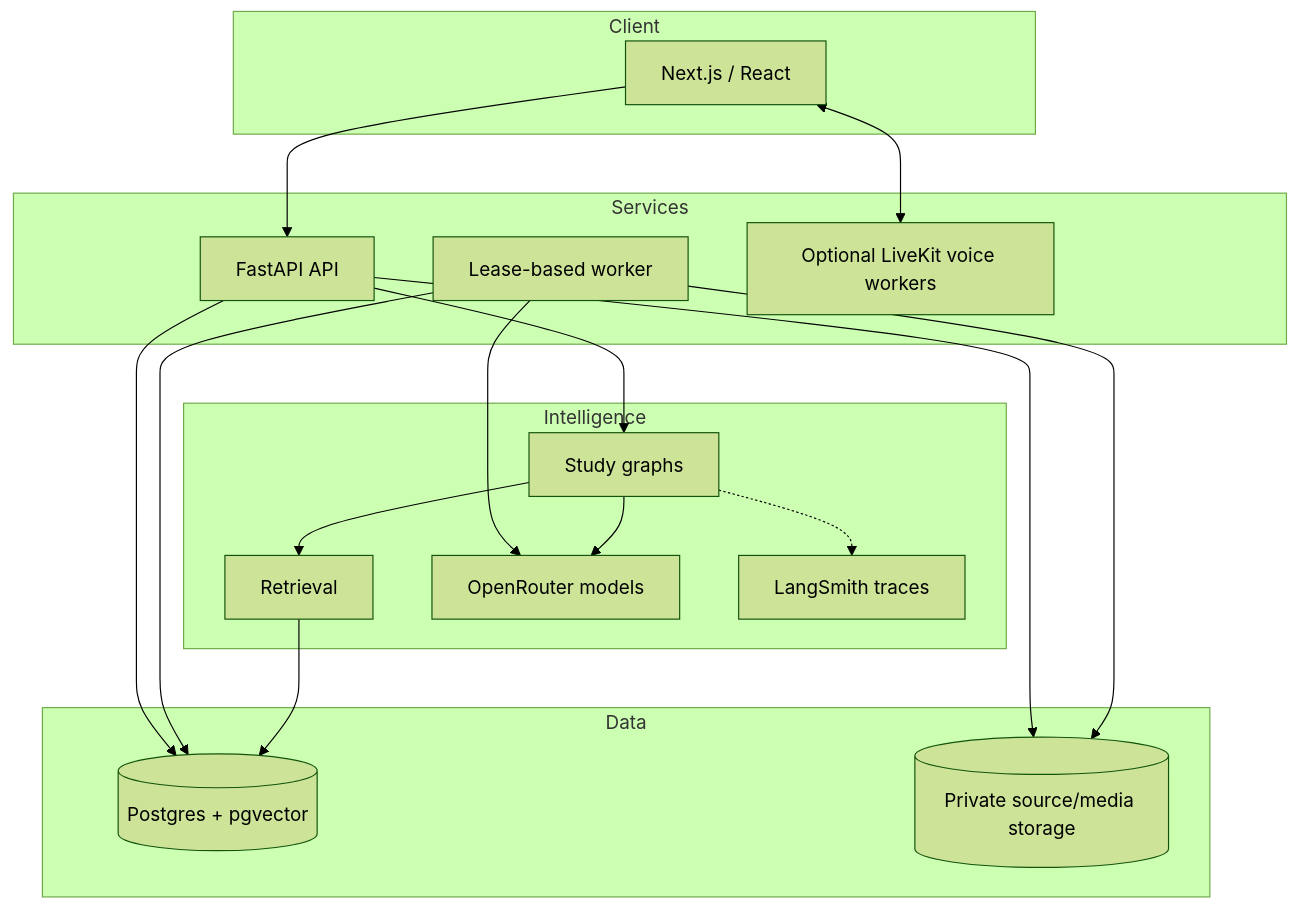
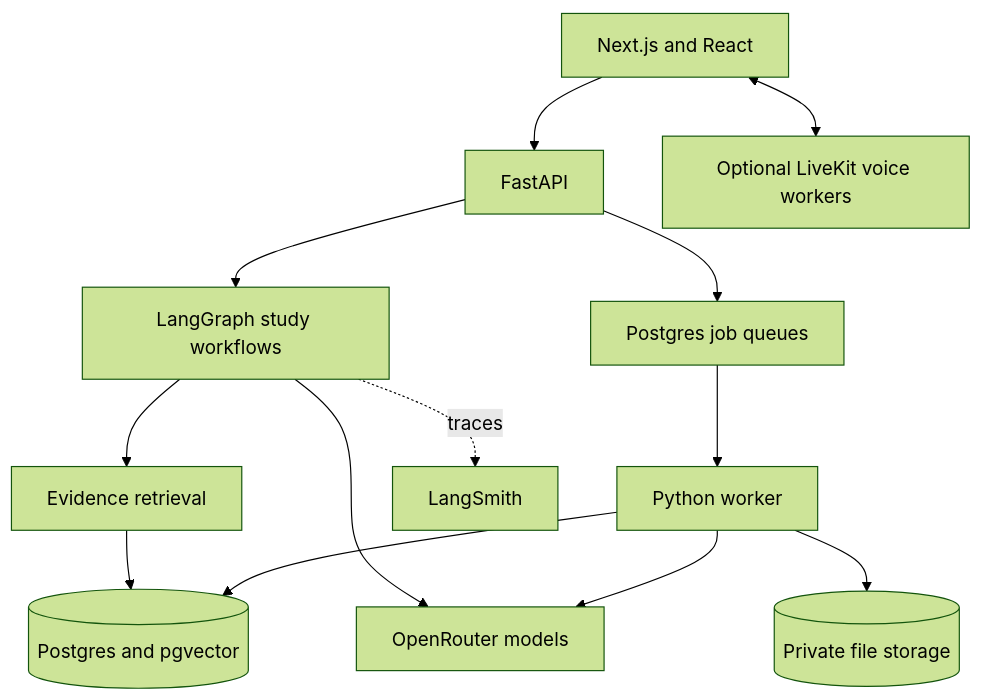
One commit to rabhishek100/agentic_study_partner changed the first of 4 diagrams in docs/architecture.md. Above: the diagram before and after it, drawn with Mermaid (forest theme). The commit also changed other lines of this file and 9 other files, not shown here.

Commit message:
Consolidate concise feature and architecture documentation

````diff
--- a/docs/architecture.md
+++ b/docs/architecture.md
@@ -13,33 +9,15 @@
 ```mermaid
-flowchart TB
-    subgraph Client
-      UI[Next.js / React]
-    end
-    subgraph Services
-      API[FastAPI API]
-      WK[Lease-based worker]
-      VO[Optional LiveKit voice workers]
-    end
-    subgraph Intelligence
-      SG[Study graphs]
-      RET[Retrieval]
-      LLM[OpenRouter models]
-      OBS[LangSmith traces]
-    end
-    subgraph Data
-      PG[(Postgres + pgvector)]
-      OBJ[(Private source/media storage)]
-    end
-
-    UI --> API
-    UI <--> VO
-    API --> PG
-    API --> SG
-    API --> OBJ
-    WK --> PG
-    WK --> OBJ
-    WK --> LLM
-    SG --> RET --> PG
-    SG --> LLM
-    SG -.-> OBS
+flowchart TD
+    UI[Next.js and React] --> API[FastAPI]
+    API --> G[LangGraph study workflows]
+    API --> Q[Postgres job queues]
+    Q --> W[Python worker]
+    G --> R[Evidence retrieval]
+    R --> DB[(Postgres and pgvector)]
+    W --> DB
+    W --> F[(Private file storage)]
+    G --> M[OpenRouter models]
+    W --> M
+    G -. traces .-> L[LangSmith]
+    UI <--> V[Optional LiveKit voice workers]
 ```
````
